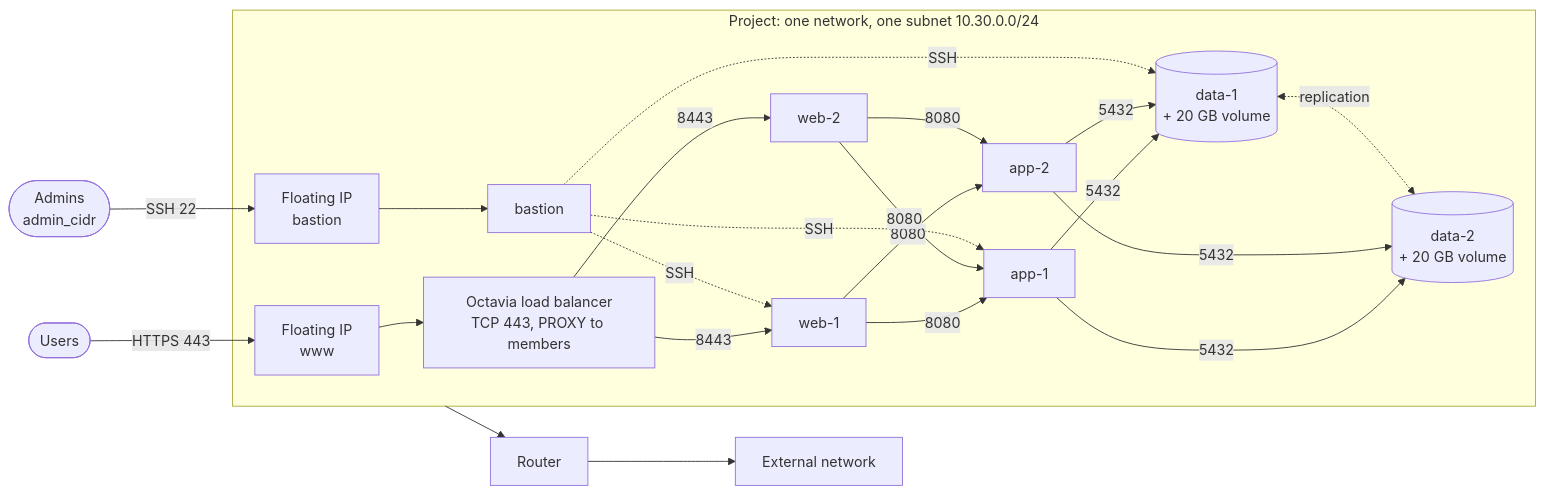
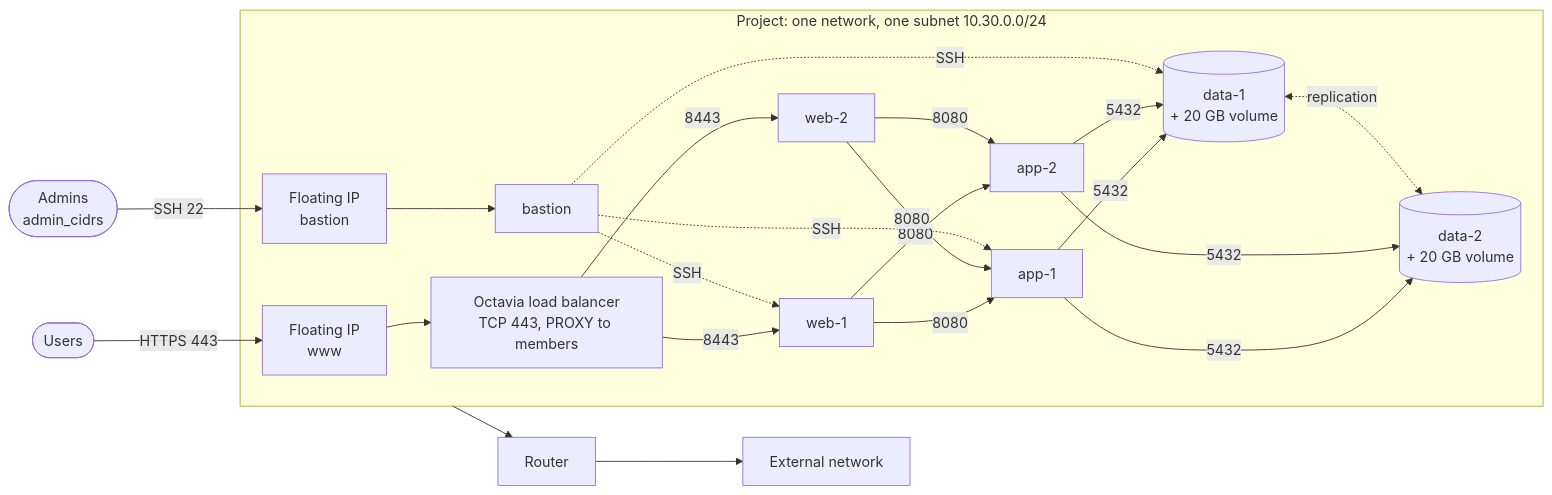
One commit to CyprisTech/terraform-openstack-tenant changed the diagram in examples/three-tier-ha/README.md. Above: the diagram before and after it, drawn with Mermaid. The commit also changed other lines of this file and 4 other files, not shown here.

First line of the commit message:
three-tier-ha: accept several admin ranges; record SSH and isolation checks

````diff
--- a/examples/three-tier-ha/README.md
+++ b/examples/three-tier-ha/README.md
@@ -5,17 +5,17 @@
 ```mermaid
 flowchart LR
     users(["Users"]) -->|"HTTPS 443"| fip1["Floating IP<br/>www"]
-    admins(["Admins<br/>admin_cidr"]) -->|"SSH 22"| fip2["Floating IP<br/>bastion"]
+    admins(["Admins<br/>admin_cidrs"]) -->|"SSH 22"| fip2["Floating IP<br/>bastion"]
 
     subgraph project["Project: one network, one subnet 10.30.0.0/24"]
         fip1 --> lb["Octavia load balancer<br/>TCP 443, PROXY to members"]
         lb -->|"8443"| web1["web-1"] & web2["web-2"]
         web1 & web2 -->|"8080"| app1["app-1"] & app2["app-2"]
         app1 & app2 -->|"5432"| data1[("data-1<br/>+ 20 GB volume")] & data2[("data-2<br/>+ 20 GB volume")]
         data1 <-.->|"replication"| data2
         fip2 --> bastion["bastion"]
         bastion -.->|"SSH"| web1 & app1 & data1
     end
 
     project --> router["Router"] --> ext["External network"]
 ```
````
